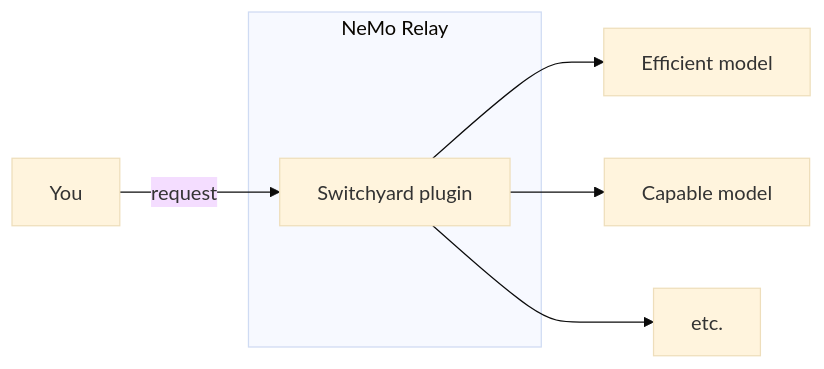
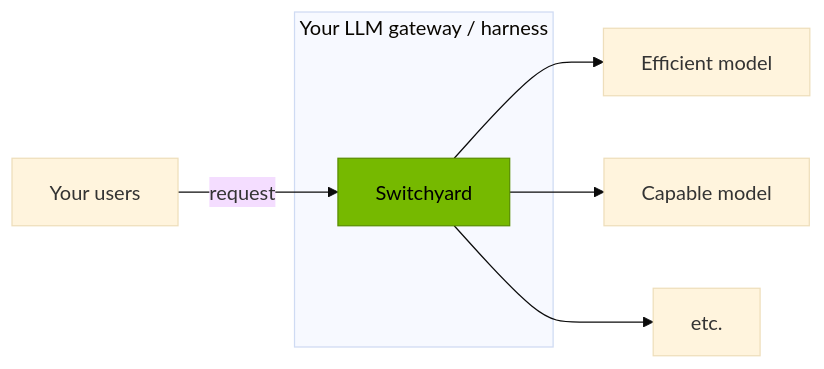
The second of 3 diagrams in README.md (NVIDIA-NeMo/Switchyard), drawn with Mermaid (base theme) before and after one commit. The commit also changed other lines of this file and 1 other file, not shown here.

````diff
--- a/README.md
+++ b/README.md
@@ -44,10 +53,11 @@
 ```mermaid
 flowchart LR
-    subgraph R["NeMo Relay"]
-        P["Switchyard plugin"]
+    subgraph R["Your LLM gateway / harness"]
+        P["Switchyard"]
     end
     P--> M["Efficient model"]
     P--> N["Capable model"]
     P--> O[etc.]
-    G[You] -->|"request"| P
+    G["Your users"] -->|"request"| P
+    style P fill:#76B900,stroke:#5A8F00,color:#000
 ```
````
